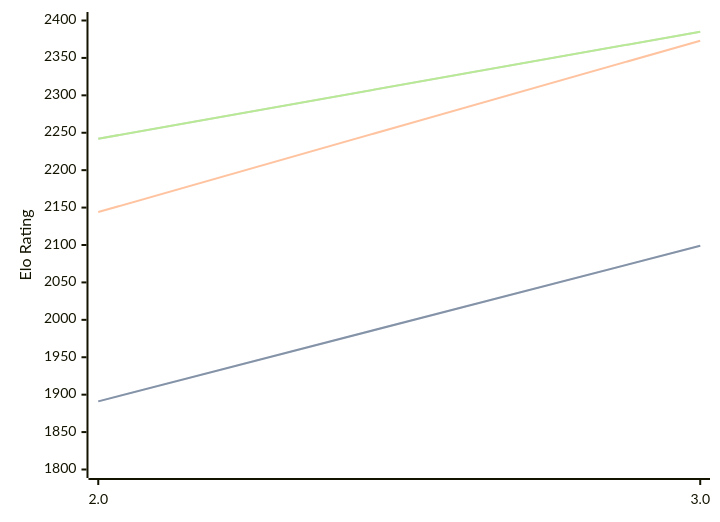
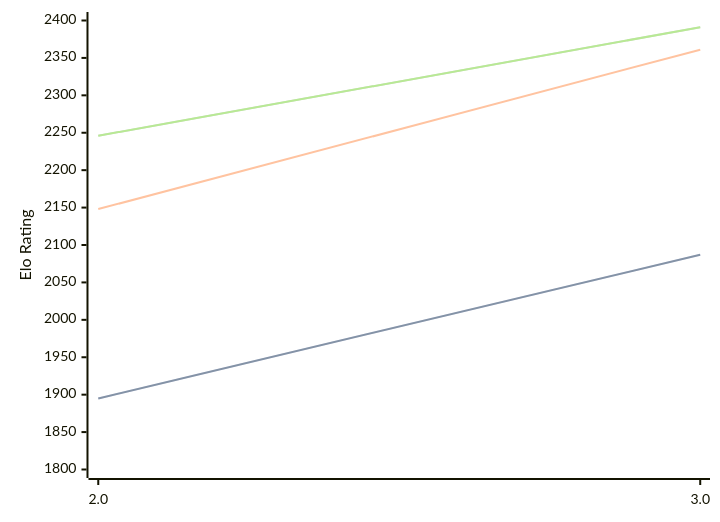
One commit to computer-chess-index/cci changed the diagram in engines/Zeno.md. Above: the diagram before and after it, drawn with Mermaid. The commit also changed other lines of this file, not shown here.

Commit message:
Update CCI Ratings (ELO VLTC) - 2026-08-18

````diff
--- a/engines/Zeno.md
+++ b/engines/Zeno.md
@@ -32,11 +32,11 @@
 ```mermaid
 %%{init: {"theme":"base","themeVariables":{"seriesColors:['#a3a3a3','#222221','#faa371']}}}%%
 xychart-beta
   x-axis ["2.0", "3.0"]
   y-axis "Elo Rating" 1800 --> 2400
-  line "STC (8.0+0.08s)" [1891, 2099]
-  line "STC (8.0+0.08s)" [1891, 2099]
-  line "LTC (60.0+0.60s)" [2144, 2373]
-  line "VLTC (2m24s+1.12s)" [2242, 2385]
-  line "VLTC (2m24s+1.12s)" [2242, 2385]
+  line "STC (8.0+0.08s)" [1895, 2087]
+  line "STC (8.0+0.08s)" [1895, 2087]
+  line "LTC (60.0+0.60s)" [2148, 2361]
+  line "VLTC (2m24s+1.12s)" [2246, 2391]
+  line "VLTC (2m24s+1.12s)" [2246, 2391]
 ```
````
